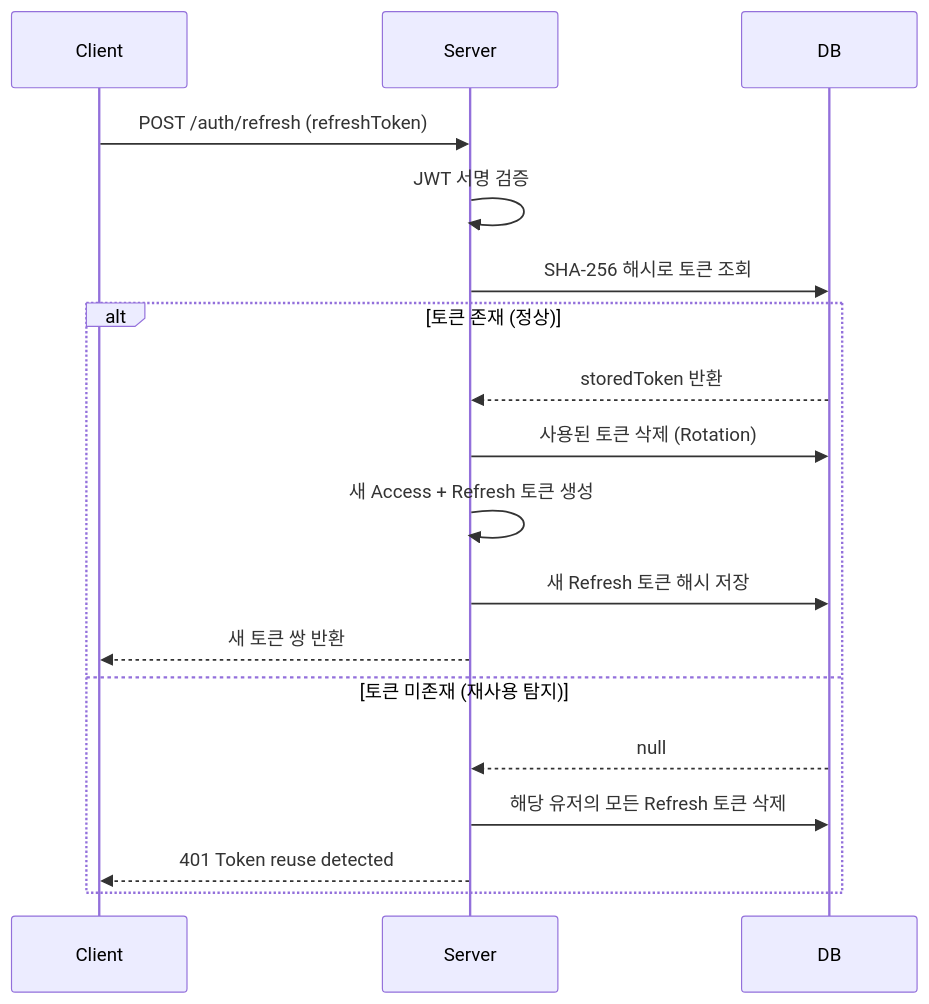
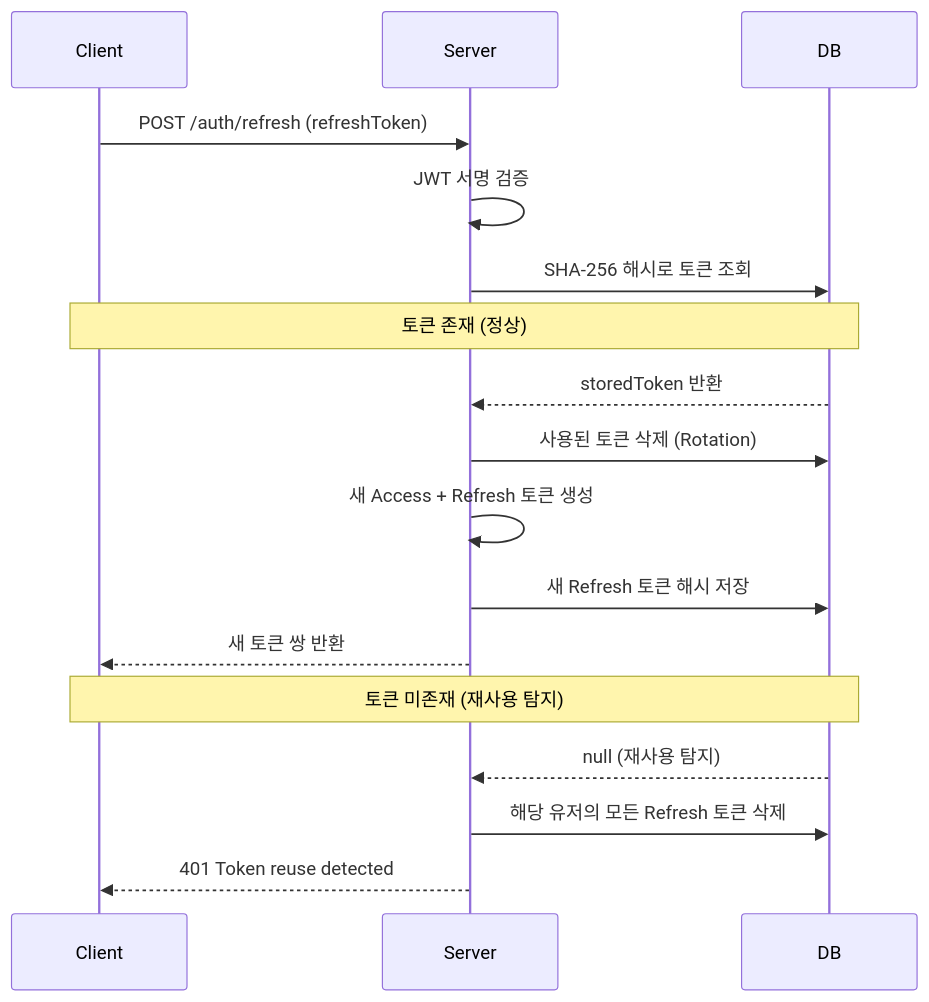
One commit to uniyous/parkgolf-platform changed the second of 4 diagrams in docs/architecture/SECURITY.md. Above: the diagram before and after it, drawn with Mermaid. The commit also changed other lines of this file and 5 other files, not shown here.

First line of the commit message:
docs: 다이어그램 체계 정비 및 문서 개선

````diff
--- a/docs/architecture/SECURITY.md
+++ b/docs/architecture/SECURITY.md
@@ -209,22 +215,22 @@
 ```mermaid
 sequenceDiagram
-    participant Client
-    participant Server
-    participant DB
+    participant Client as Client
+    participant Server as Server
+    participant DB as DB
 
     Client->>Server: POST /auth/refresh (refreshToken)
     Server->>Server: JWT 서명 검증
     Server->>DB: SHA-256 해시로 토큰 조회
 
-    alt 토큰 존재 (정상)
-        DB-->>Server: storedToken 반환
-        Server->>DB: 사용된 토큰 삭제 (Rotation)
-        Server->>Server: 새 Access + Refresh 토큰 생성
-        Server->>DB: 새 Refresh 토큰 해시 저장
-        Server-->>Client: 새 토큰 쌍 반환
-    else 토큰 미존재 (재사용 탐지)
-        DB-->>Server: null
-        Server->>DB: 해당 유저의 모든 Refresh 토큰 삭제
-        Server-->>Client: 401 Token reuse detected
-    end
+    Note over Client,DB: 토큰 존재 (정상)
+    DB-->>Server: storedToken 반환
+    Server->>DB: 사용된 토큰 삭제 (Rotation)
+    Server->>Server: 새 Access + Refresh 토큰 생성
+    Server->>DB: 새 Refresh 토큰 해시 저장
+    Server-->>Client: 새 토큰 쌍 반환
+
+    Note over Client,DB: 토큰 미존재 (재사용 탐지)
+    DB-->>Server: null (재사용 탐지)
+    Server->>DB: 해당 유저의 모든 Refresh 토큰 삭제
+    Server-->>Client: 401 Token reuse detected
 ```
````
